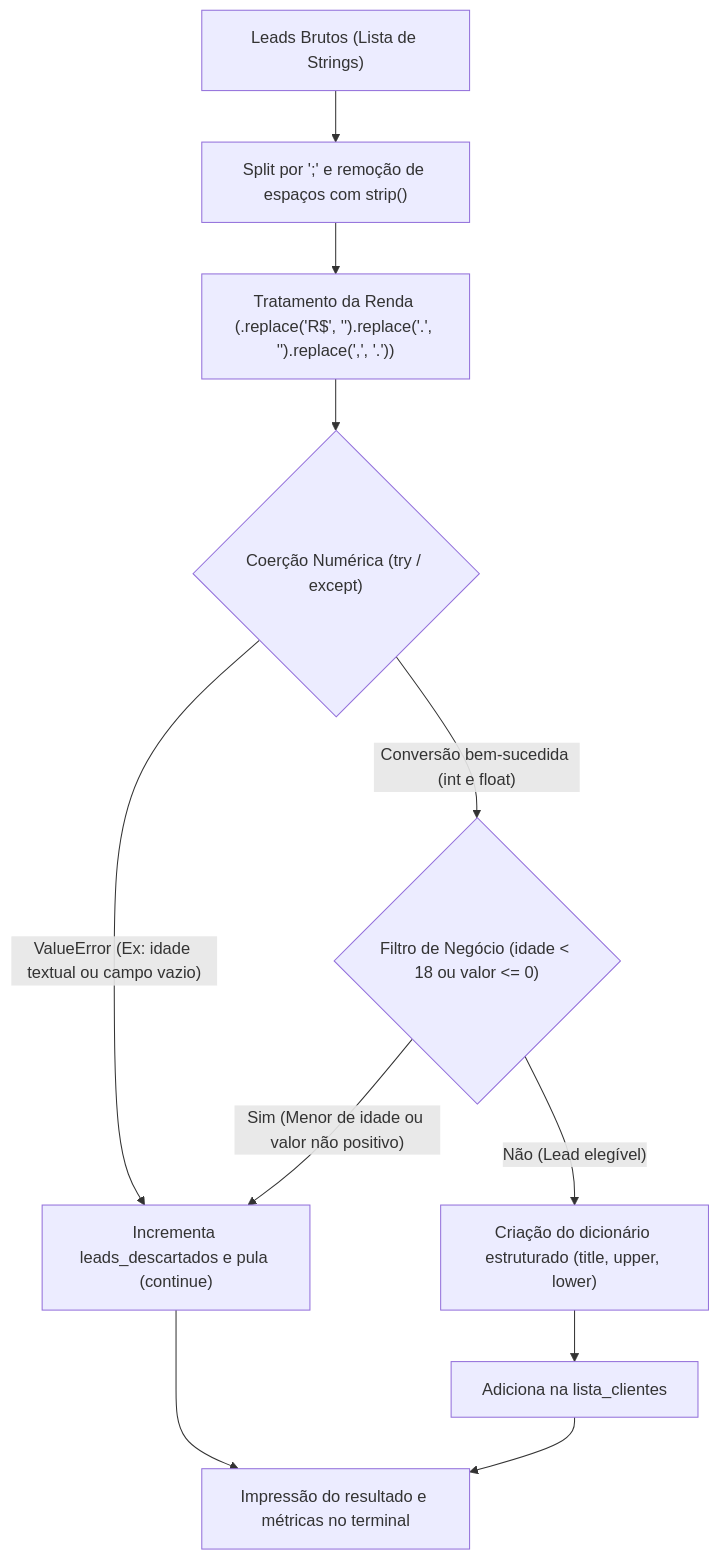
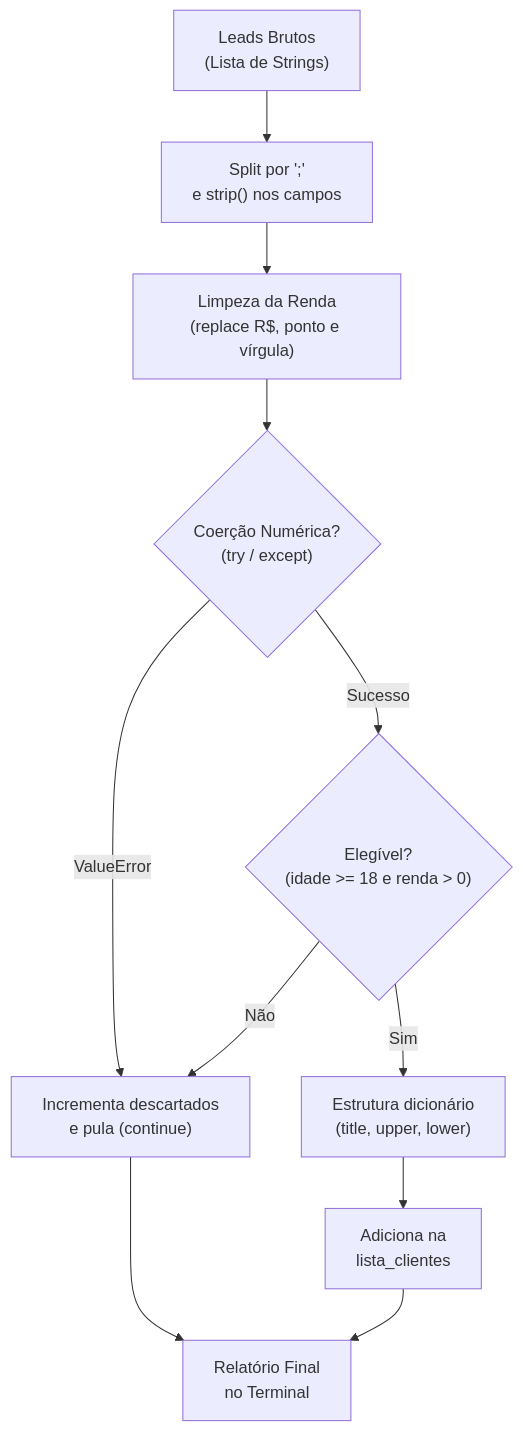
One commit to ryanaurelio2005/python-pure-data-challenges changed the first of 4 diagrams in README.md. Above: the diagram before and after it, drawn with Mermaid. The commit also changed other lines of this file, not shown here.

Commit message:
docs: optimize Mermaid diagram text wrapping to prevent label clipping on GitHub

````diff
--- a/README.md
+++ b/README.md
@@ -28,13 +28,13 @@
 ```mermaid
 flowchart TD
-    A["Leads Brutos (Lista de Strings)"] --> B["Split por ';' e remoção de espaços com strip()"]
-    B --> C["Tratamento da Renda (.replace('R$', '').replace('.', '').replace(',', '.'))"]
-    C --> D{"Coerção Numérica (try / except)"}
-    D -- "ValueError (Ex: idade textual ou campo vazio)" --> E["Incrementa leads_descartados e pula (continue)"]
-    D -- "Conversão bem-sucedida (int e float)" --> F{"Filtro de Negócio (idade < 18 ou valor <= 0)"}
-    F -- "Sim (Menor de idade ou valor não positivo)" --> E
-    F -- "Não (Lead elegível)" --> G["Criação do dicionário estruturado (title, upper, lower)"]
-    G --> H["Adiciona na lista_clientes"]
-    E --> I["Impressão do resultado e métricas no terminal"]
+    A["Leads Brutos<br/>(Lista de Strings)"] --> B["Split por ';'<br/>e strip() nos campos"]
+    B --> C["Limpeza da Renda<br/>(replace R$, ponto e vírgula)"]
+    C --> D{"Coerção Numérica?<br/>(try / except)"}
+    D -- "ValueError" --> E["Incrementa descartados<br/>e pula (continue)"]
+    D -- "Sucesso" --> F{"Elegível?<br/>(idade >= 18 e renda > 0)"}
+    F -- "Não" --> E
+    F -- "Sim" --> G["Estrutura dicionário<br/>(title, upper, lower)"]
+    G --> H["Adiciona na<br/>lista_clientes"]
+    E --> I["Relatório Final<br/>no Terminal"]
     H --> I
 ```
````
